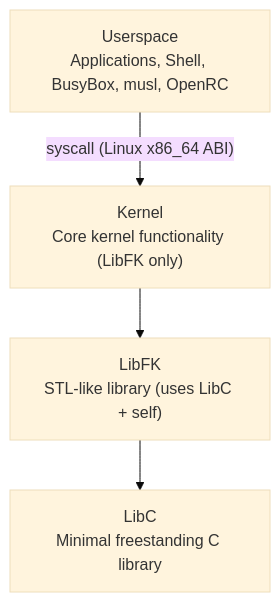
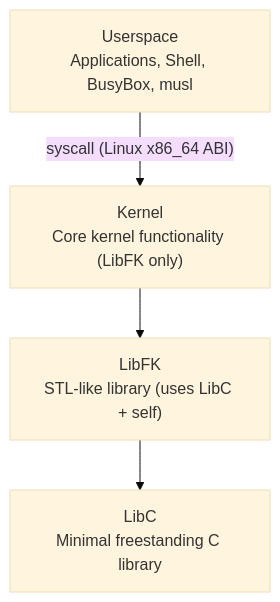
The first of 2 diagrams in Docs/Architecture/system-overview.md (KitsuneBSD/FKernel), drawn with Mermaid (base theme) before and after one commit. The commit also changed other lines of this file and 15 other files, not shown here.

Commit message:
docs: update TODO.md and architecture documentation for session 12

````diff
--- a/Docs/Architecture/system-overview.md
+++ b/Docs/Architecture/system-overview.md
@@ -7,10 +7,10 @@
 ```mermaid
 flowchart TD
-    U["Userspace<br/>Applications, Shell, BusyBox, musl, OpenRC"]
+    U["Userspace<br/>Applications, Shell, BusyBox, musl"]
     K["Kernel<br/>Core kernel functionality (LibFK only)"]
     LFK["LibFK<br/>STL-like library (uses LibC + self)"]
     LC["LibC<br/>Minimal freestanding C library"]
     U -->|"syscall (Linux x86_64 ABI)"| K
     K --> LFK
     LFK --> LC
 ```
````
